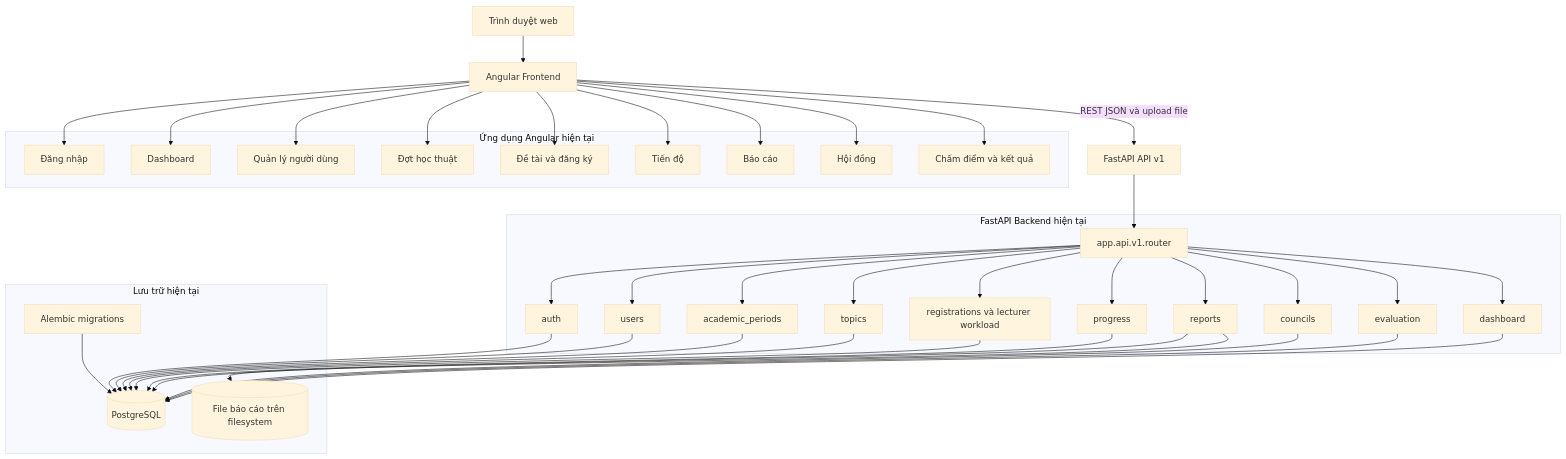
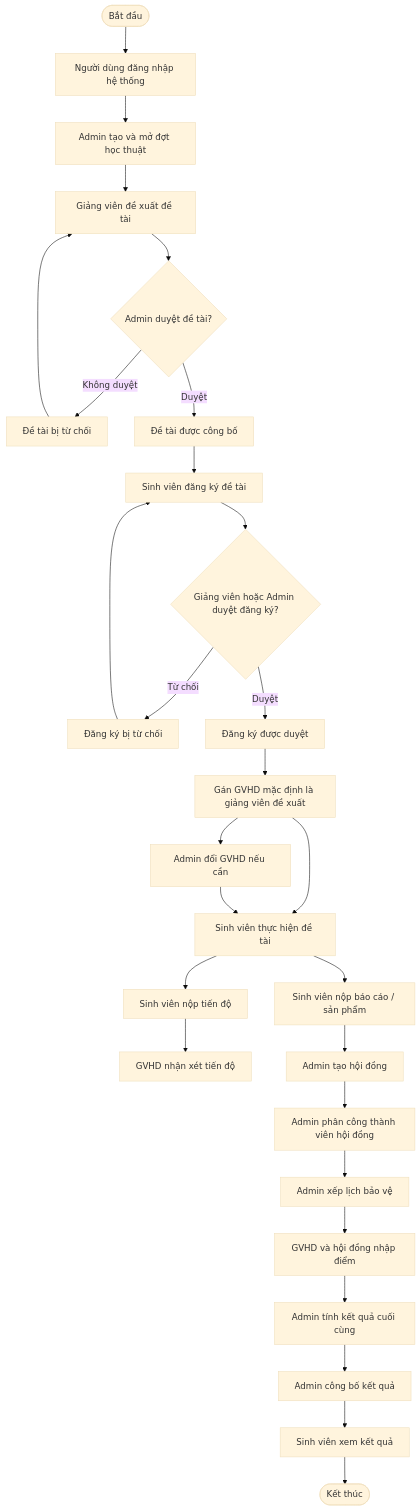
Before and after one commit to VanTruong475/research-thesis-portal: the fifth of 10 diagrams in docs/diagrams_research_thesis_portal.md, drawn with Mermaid (base theme). The commit also changed other lines of this file, not shown here.

Commit message:
docs(diagrams): add thesis report diagrams

````diff
--- a/docs/diagrams_research_thesis_portal.md
+++ b/docs/diagrams_research_thesis_portal.md
@@ -11,73 +207,56 @@
 ```mermaid
-flowchart TB
-    Browser["Trình duyệt web"] --> Angular["Angular Frontend"]
+flowchart TD
+    Start(["Bắt đầu"])
+    Login["Người dùng đăng nhập hệ thống"]
+    Period["Admin tạo và mở đợt học thuật"]
+    Propose["Giảng viên đề xuất đề tài"]
+    TopicReview{"Admin duyệt đề tài?"}
+    RejectTopic["Đề tài bị từ chối"]
+    ApprovedTopic["Đề tài được công bố"]
+    Register["Sinh viên đăng ký đề tài"]
+    RegistrationReview{"Giảng viên hoặc Admin duyệt đăng ký?"}
+    RejectRegistration["Đăng ký bị từ chối"]
+    ApproveRegistration["Đăng ký được duyệt"]
+    AssignDefaultSupervisor["Gán GVHD mặc định là giảng viên đề xuất"]
+    ChangeSupervisor["Admin đổi GVHD nếu cần"]
+    Execute["Sinh viên thực hiện đề tài"]
+    SubmitProgress["Sinh viên nộp tiến độ"]
+    CommentProgress["GVHD nhận xét tiến độ"]
+    SubmitReport["Sinh viên nộp báo cáo / sản phẩm"]
+    CreateCouncil["Admin tạo hội đồng"]
+    AssignMembers["Admin phân công thành viên hội đồng"]
+    ScheduleDefense["Admin xếp lịch bảo vệ"]
+    Score["GVHD và hội đồng nhập điểm"]
+    Calculate["Admin tính kết quả cuối cùng"]
+    Publish["Admin công bố kết quả"]
+    StudentView["Sinh viên xem kết quả"]
+    End(["Kết thúc"])
 
-    subgraph Frontend["Ứng dụng Angular hiện tại"]
-        AuthUI["Đăng nhập"]
-        DashboardUI["Dashboard"]
-        UsersUI["Quản lý người dùng"]
-        PeriodsUI["Đợt học thuật"]
-        TopicsUI["Đề tài và đăng ký"]
-        ProgressUI["Tiến độ"]
-        ReportsUI["Báo cáo"]
-        CouncilsUI["Hội đồng"]
-        EvaluationUI["Chấm điểm và kết quả"]
-    end
-
-    Angular --> AuthUI
-    Angular --> DashboardUI
-    Angular --> UsersUI
-    Angular --> PeriodsUI
-    Angular --> TopicsUI
-    Angular --> ProgressUI
-    Angular --> ReportsUI
-    Angular --> CouncilsUI
-    Angular --> EvaluationUI
-
-    Angular -->|"REST JSON và upload file"| API["FastAPI API v1"]
-
-    subgraph Backend["FastAPI Backend hiện tại"]
-        ApiRouter["app.api.v1.router"]
-        AuthModule["auth"]
-        UsersModule["users"]
-        PeriodsModule["academic_periods"]
-        TopicsModule["topics"]
-        RegistrationsModule["registrations và lecturer workload"]
-        ProgressModule["progress"]
-        ReportsModule["reports"]
-        CouncilsModule["councils"]
-        EvaluationModule["evaluation"]
-        DashboardModule["dashboard"]
-    end
-
-    API --> ApiRouter
-    ApiRouter --> AuthModule
-    ApiRouter --> UsersModule
-    ApiRouter --> PeriodsModule
-    ApiRouter --> TopicsModule
-    ApiRouter --> RegistrationsModule
-    ApiRouter --> ProgressModule
-    ApiRouter --> ReportsModule
-    ApiRouter --> CouncilsModule
-    ApiRouter --> EvaluationModule
-    ApiRouter --> DashboardModule
-
-    subgraph Storage["Lưu trữ hiện tại"]
-        PostgreSQL[("PostgreSQL")]
-        Uploads[("File báo cáo trên filesystem")]
-        Alembic["Alembic migrations"]
-    end
-
-    AuthModule --> PostgreSQL
-    UsersModule --> PostgreSQL
-    PeriodsModule --> PostgreSQL
-    TopicsModule --> PostgreSQL
-    RegistrationsModule --> PostgreSQL
-    ProgressModule --> PostgreSQL
-    ReportsModule --> PostgreSQL
-    CouncilsModule --> PostgreSQL
-    EvaluationModule --> PostgreSQL
-    DashboardModule --> PostgreSQL
-    ReportsModule --> Uploads
-    Alembic --> PostgreSQL
+    Start --> Login
+    Login --> Period
+    Period --> Propose
+    Propose --> TopicReview
+    TopicReview -->|"Không duyệt"| RejectTopic
+    RejectTopic --> Propose
+    TopicReview -->|"Duyệt"| ApprovedTopic
+    ApprovedTopic --> Register
+    Register --> RegistrationReview
+    RegistrationReview -->|"Từ chối"| RejectRegistration
+    RejectRegistration --> Register
+    RegistrationReview -->|"Duyệt"| ApproveRegistration
+    ApproveRegistration --> AssignDefaultSupervisor
+    AssignDefaultSupervisor --> ChangeSupervisor
+    AssignDefaultSupervisor --> Execute
+    ChangeSupervisor --> Execute
+    Execute --> SubmitProgress
+    SubmitProgress --> CommentProgress
+    Execute --> SubmitReport
+    SubmitReport --> CreateCouncil
+    CreateCouncil --> AssignMembers
+    AssignMembers --> ScheduleDefense
+    ScheduleDefense --> Score
+    Score --> Calculate
+    Calculate --> Publish
+    Publish --> StudentView
+    StudentView --> End
 ```
````
